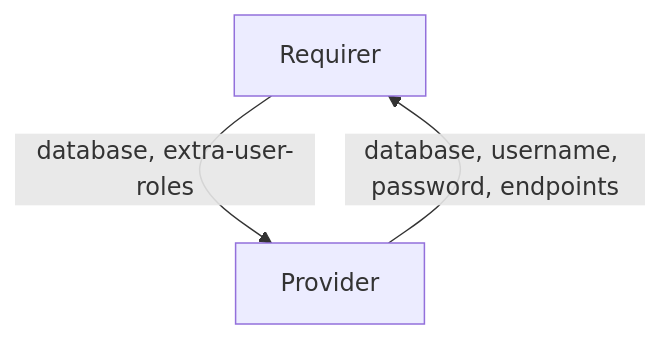
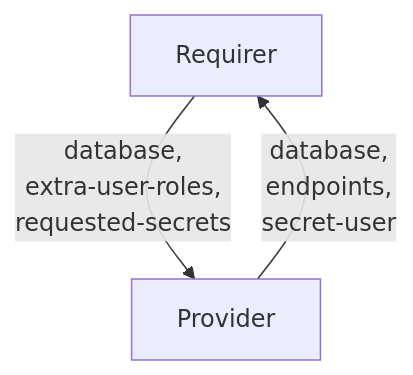
One commit to canonical/charm-relation-interfaces changed the diagram in interfaces/mongodb_client/v0/README.md. Above: the diagram before and after it, drawn with Mermaid. The commit also changed other lines of this file and 1 other file, not shown here.

Commit message:
MongoDB using Relation Secrets

````diff
--- a/interfaces/mongodb_client/v0/README.md
+++ b/interfaces/mongodb_client/v0/README.md
@@ -12,5 +12,5 @@
 ```mermaid
 flowchart TD
-    Requirer -- database, extra-user-roles --> Provider
-    Provider -- database, username, password, endpoints --> Requirer
+    Requirer -- database, \nextra-user-roles, \nrequested-secrets --> Provider
+    Provider -- database, \nendpoints, \nsecret-user --> Requirer
 ```
````
